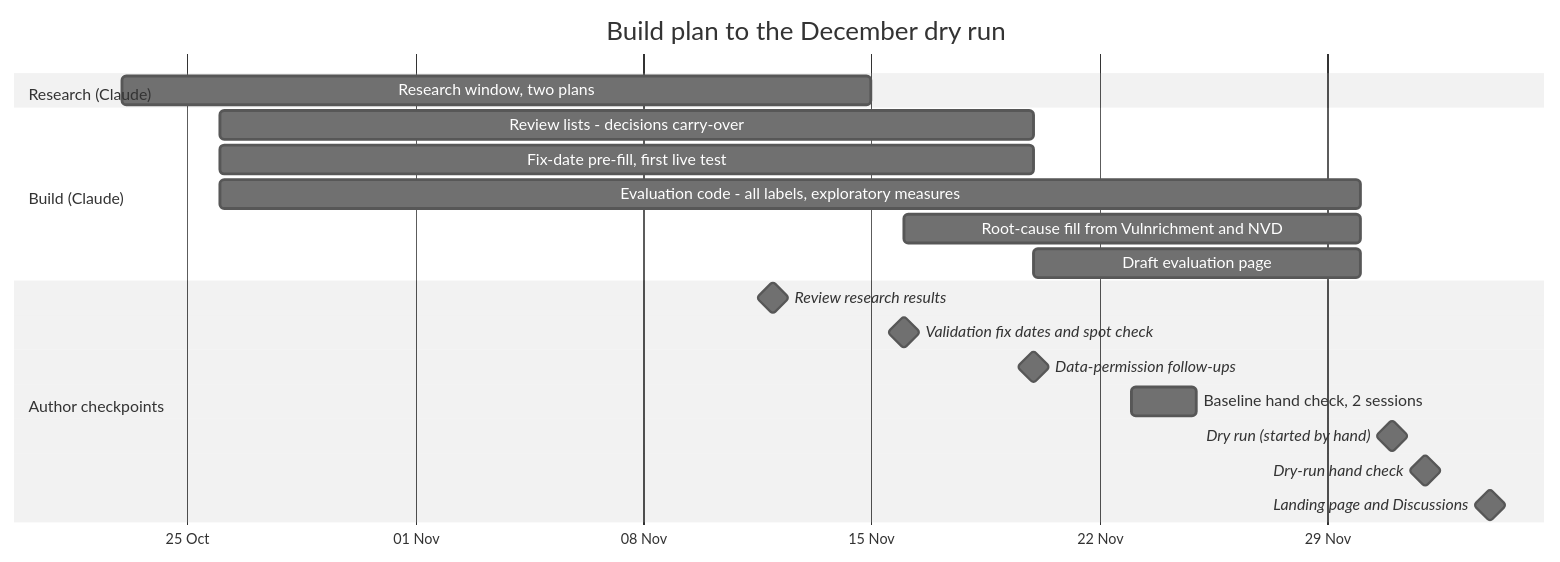
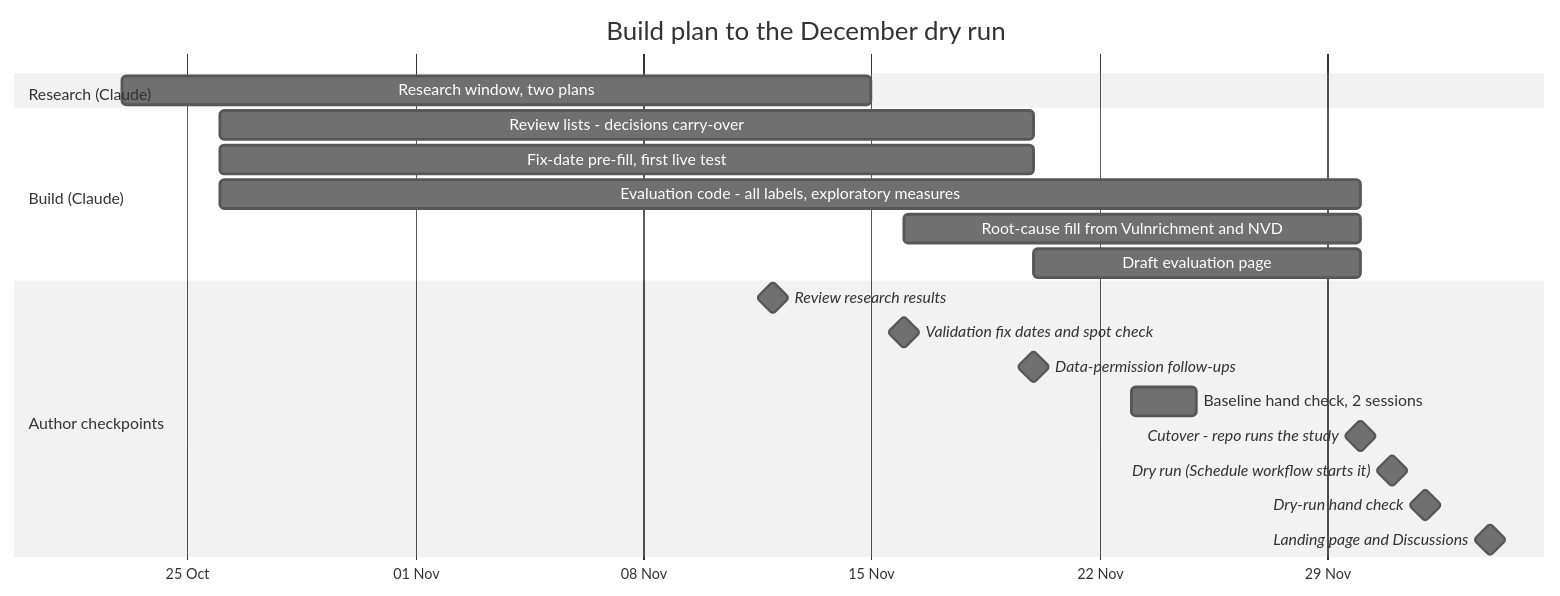
Before and after one commit to pagagne/internet-security-snapshot: the diagram in docs/diagrams/build_plan.mmd, drawn with Mermaid (neutral theme). The commit also changed 7 other files, not shown here.

First line of the commit message:
Review pass: dates aligned with the schedule across docs and diagrams

```diff
--- a/docs/diagrams/build_plan.mmd
+++ b/docs/diagrams/build_plan.mmd
@@ -1,21 +1,22 @@
 gantt
   title Build plan to the December dry run
   dateFormat YYYY-MM-DD
   axisFormat %d %b
   tickInterval 1week
   section Research (Claude)
     Research window, two plans         :2026-10-23, 2026-11-15
   section Build (Claude)
     Review lists - decisions carry-over  :2026-10-26, 2026-11-20
     Fix-date pre-fill, first live test  :2026-10-26, 2026-11-20
     Evaluation code - all labels, exploratory measures :2026-10-26, 2026-11-30
     Root-cause fill from Vulnrichment and NVD :2026-11-16, 2026-11-30
     Draft evaluation page               :2026-11-20, 2026-11-30
   section Author checkpoints
     Review research results             :milestone, 2026-11-12, 0d
     Validation fix dates and spot check :milestone, 2026-11-16, 0d
     Data-permission follow-ups          :milestone, 2026-11-20, 0d
     Baseline hand check, 2 sessions     :2026-11-23, 2d
-    Dry run (started by hand)           :milestone, 2026-12-01, 0d
+    Cutover - repo runs the study       :milestone, 2026-11-30, 0d
+    Dry run (Schedule workflow starts it) :milestone, 2026-12-01, 0d
     Dry-run hand check                  :milestone, 2026-12-02, 0d
     Landing page and Discussions        :milestone, 2026-12-04, 0d
```
